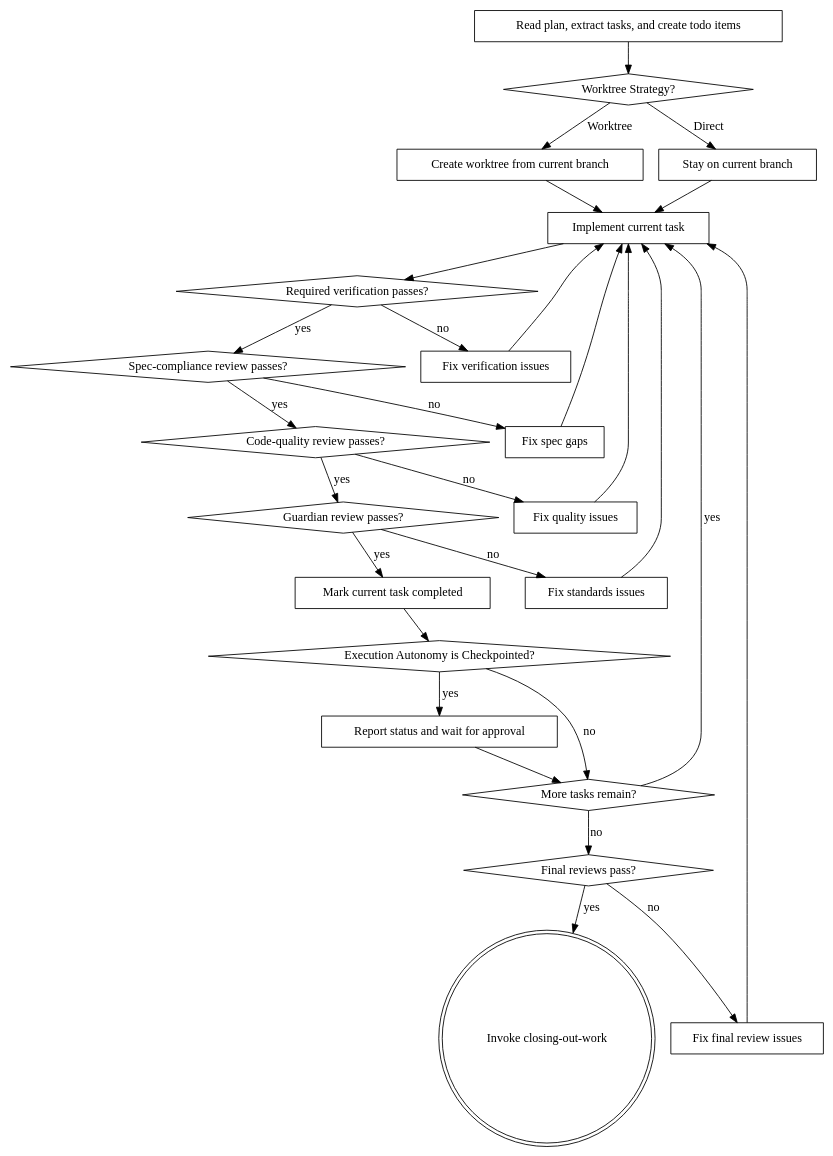
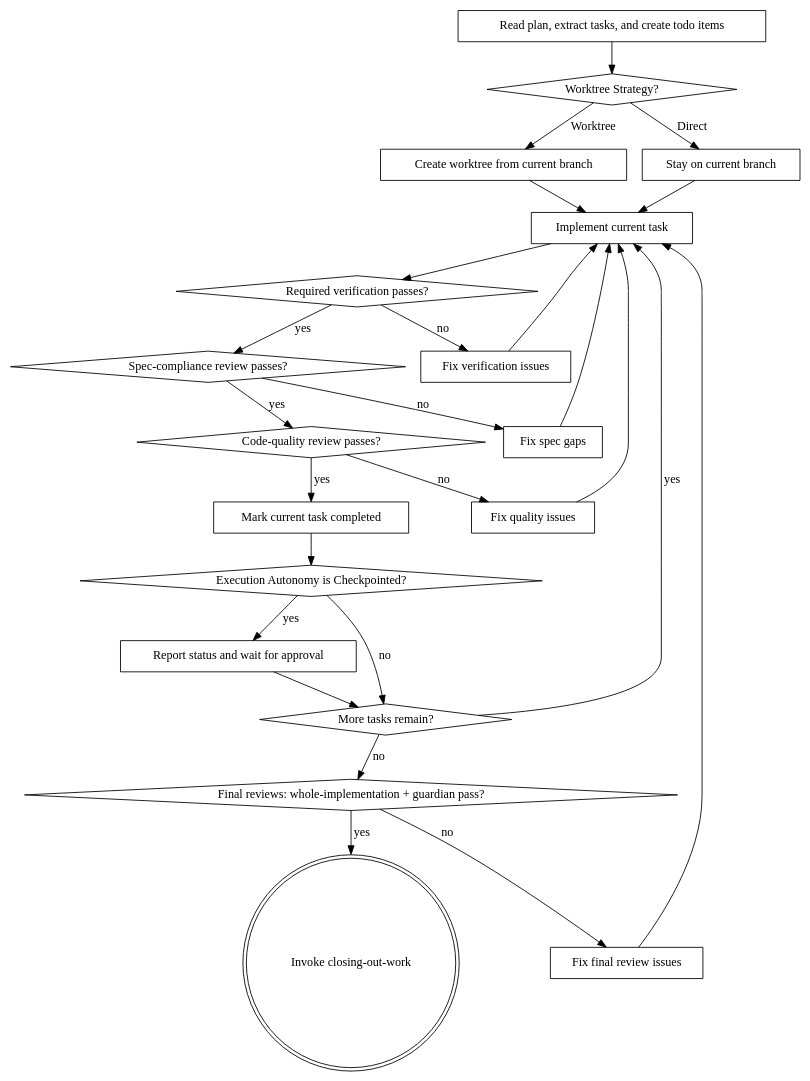
The diagram in extension/skills/executing-plans/SKILL.md (clashmar/know-how), drawn with Graphviz before and after one commit. The commit also changed other lines of this file and 5 other files, not shown here.

Commit message:
refactor(skills): run guardian only at final review

````diff
--- a/extension/skills/executing-plans/SKILL.md
+++ b/extension/skills/executing-plans/SKILL.md
@@ -36,52 +36,47 @@
 ```dot
  digraph execution {
      "Read plan, extract tasks, and create todo items" [shape=box];
      "Worktree Strategy?" [shape=diamond];
      "Create worktree from current branch" [shape=box];
      "Stay on current branch" [shape=box];
      "Implement current task" [shape=box];
      "Required verification passes?" [shape=diamond];
      "Fix verification issues" [shape=box];
      "Spec-compliance review passes?" [shape=diamond];
      "Fix spec gaps" [shape=box];
      "Code-quality review passes?" [shape=diamond];
      "Fix quality issues" [shape=box];
-     "Guardian review passes?" [shape=diamond];
-     "Fix standards issues" [shape=box];
      "Mark current task completed" [shape=box];
      "Execution Autonomy is Checkpointed?" [shape=diamond];
      "Report status and wait for approval" [shape=box];
      "More tasks remain?" [shape=diamond];
-     "Final reviews pass?" [shape=diamond];
+     "Final reviews: whole-implementation + guardian pass?" [shape=diamond];
      "Fix final review issues" [shape=box];
      "Invoke closing-out-work" [shape=doublecircle];
 
      "Read plan, extract tasks, and create todo items" -> "Worktree Strategy?";
      "Worktree Strategy?" -> "Create worktree from current branch" [label="Worktree"];
      "Worktree Strategy?" -> "Stay on current branch" [label="Direct"];
      "Create worktree from current branch" -> "Implement current task";
      "Stay on current branch" -> "Implement current task";
      "Implement current task" -> "Required verification passes?";
      "Required verification passes?" -> "Fix verification issues" [label="no"];
      "Fix verification issues" -> "Implement current task";
      "Required verification passes?" -> "Spec-compliance review passes?" [label="yes"];
      "Spec-compliance review passes?" -> "Fix spec gaps" [label="no"];
      "Fix spec gaps" -> "Implement current task";
      "Spec-compliance review passes?" -> "Code-quality review passes?" [label="yes"];
      "Code-quality review passes?" -> "Fix quality issues" [label="no"];
      "Fix quality issues" -> "Implement current task";
-     "Code-quality review passes?" -> "Guardian review passes?" [label="yes"];
-     "Guardian review passes?" -> "Fix standards issues" [label="no"];
-     "Fix standards issues" -> "Implement current task";
-     "Guardian review passes?" -> "Mark current task completed" [label="yes"];
+     "Code-quality review passes?" -> "Mark current task completed" [label="yes"];
      "Mark current task completed" -> "Execution Autonomy is Checkpointed?";
      "Execution Autonomy is Checkpointed?" -> "Report status and wait for approval" [label="yes"];
      "Execution Autonomy is Checkpointed?" -> "More tasks remain?" [label="no"];
      "Report status and wait for approval" -> "More tasks remain?";
      "More tasks remain?" -> "Implement current task" [label="yes"];
-     "More tasks remain?" -> "Final reviews pass?" [label="no"];
-     "Final reviews pass?" -> "Invoke closing-out-work" [label="yes"];
-     "Final reviews pass?" -> "Fix final review issues" [label="no"];
+     "More tasks remain?" -> "Final reviews: whole-implementation + guardian pass?" [label="no"];
+     "Final reviews: whole-implementation + guardian pass?" -> "Invoke closing-out-work" [label="yes"];
+     "Final reviews: whole-implementation + guardian pass?" -> "Fix final review issues" [label="no"];
      "Fix final review issues" -> "Implement current task";
  }
 ```
````
